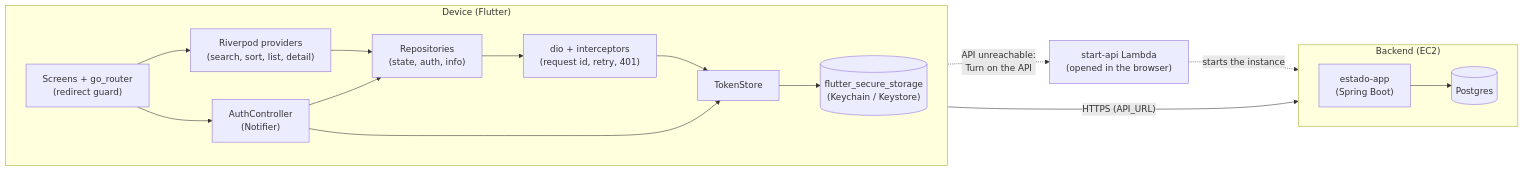
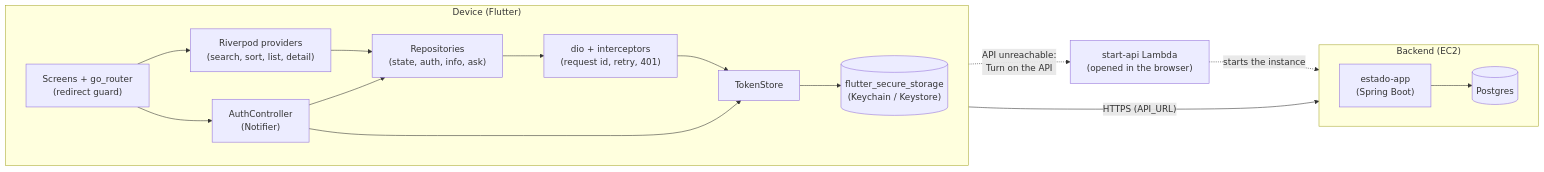
The diagram in README.md (ronybrand/flutter_state), drawn with Mermaid before and after one commit. The commit also changed other lines of this file and 15 other files, not shown here.

````diff
--- a/README.md
+++ b/README.md
@@ -47,34 +53,34 @@
 ```mermaid
 flowchart LR
     subgraph Device["Device (Flutter)"]
         direction LR
         UI["Screens + go_router\n(redirect guard)"]
         Providers["Riverpod providers\n(search, sort, list, detail)"]
         Auth["AuthController\n(Notifier)"]
-        Repos["Repositories\n(state, auth, info)"]
+        Repos["Repositories\n(state, auth, info, ask)"]
         Dio["dio + interceptors\n(request id, retry, 401)"]
         Tokens["TokenStore"]
         Secure[("flutter_secure_storage\n(Keychain / Keystore)")]
     end
 
     subgraph EC2["Backend (EC2)"]
         direction LR
         App["estado-app\n(Spring Boot)"]
         DB[("Postgres")]
     end
 
     Lambda["start-api Lambda\n(opened in the browser)"]
 
     UI --> Providers
     UI --> Auth
     Providers --> Repos
     Auth --> Repos
     Repos --> Dio
     Dio -- "HTTPS (API_URL)" --> App
     App --> DB
     Dio --> Tokens
     Auth --> Tokens
     Tokens --> Secure
     UI -. "API unreachable:\nTurn on the API" .-> Lambda
     Lambda -. "starts the instance" .-> EC2
 ```
````
